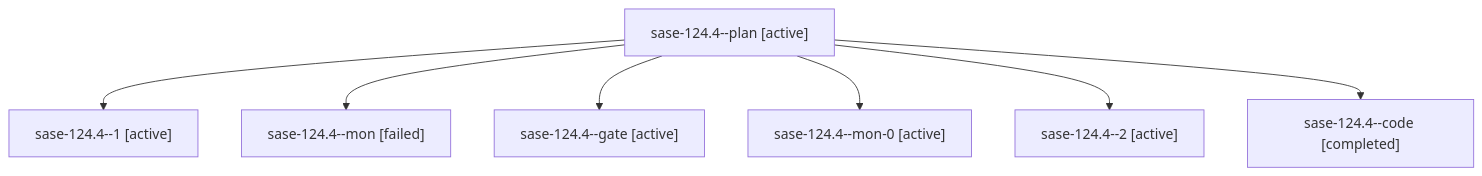
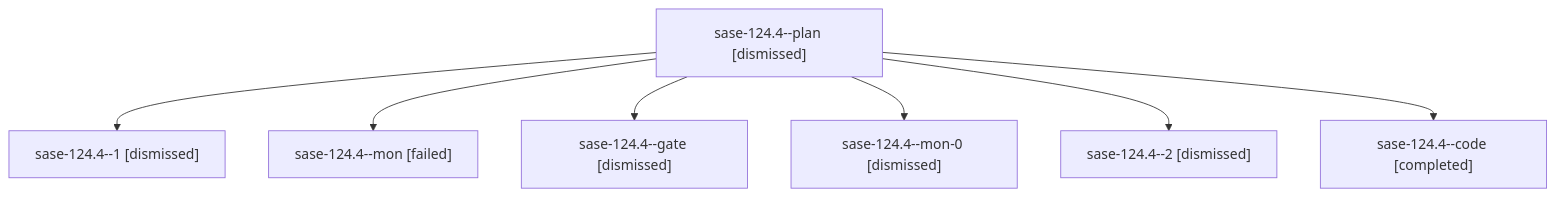
Before and after one commit to sase-org/sase--agents: the diagram in sessions/bbugyi200.athena.sase-124.4.md, drawn with Mermaid. The commit also changed other lines of this file and 306 other files, not shown here.

````diff
--- a/sessions/bbugyi200.athena.sase-124.4.md
+++ b/sessions/bbugyi200.athena.sase-124.4.md
@@ -9,16 +9,16 @@
 ```mermaid
 flowchart TD
-  n0["sase-124.4--plan [active]"]
-  n1["sase-124.4--1 [active]"]
+  n0["sase-124.4--plan [dismissed]"]
+  n1["sase-124.4--1 [dismissed]"]
   n0 --> n1
   n2["sase-124.4--mon [failed]"]
   n0 --> n2
-  n3["sase-124.4--gate [active]"]
+  n3["sase-124.4--gate [dismissed]"]
   n0 --> n3
-  n4["sase-124.4--mon-0 [active]"]
+  n4["sase-124.4--mon-0 [dismissed]"]
   n0 --> n4
-  n5["sase-124.4--2 [active]"]
+  n5["sase-124.4--2 [dismissed]"]
   n0 --> n5
   n6["sase-124.4--code [completed]"]
   n0 --> n6
 ```
````
